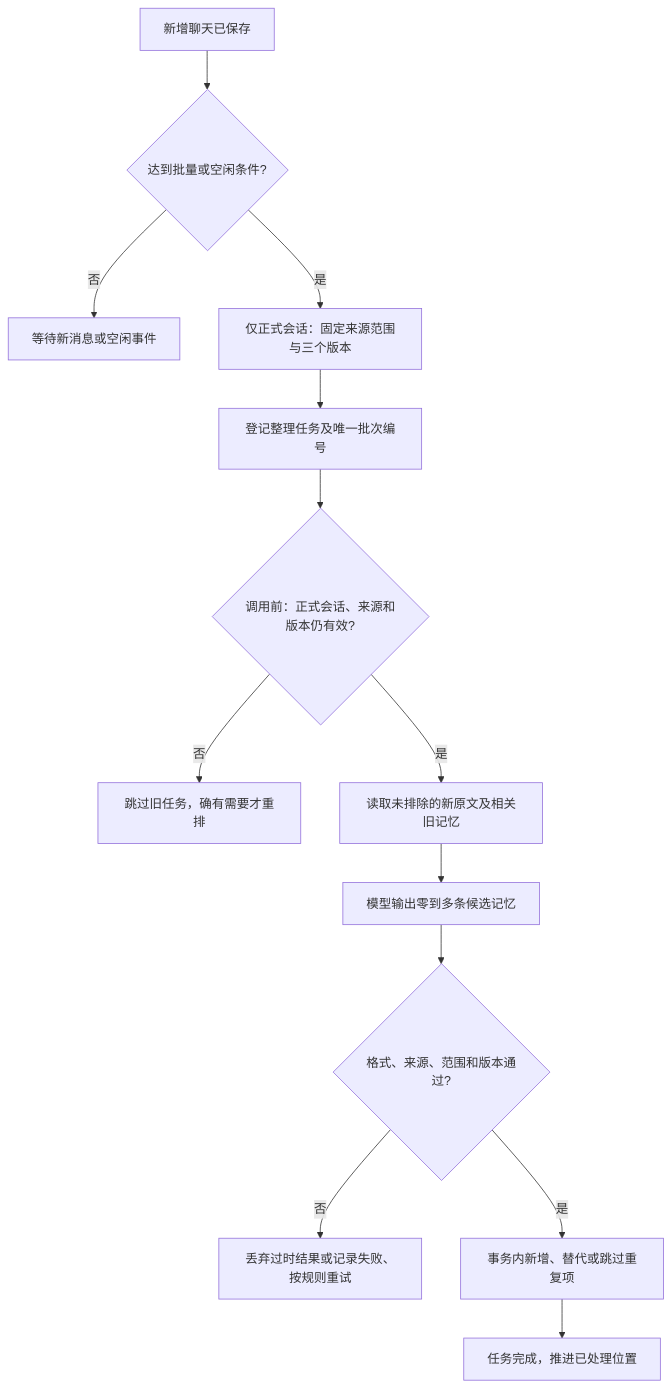
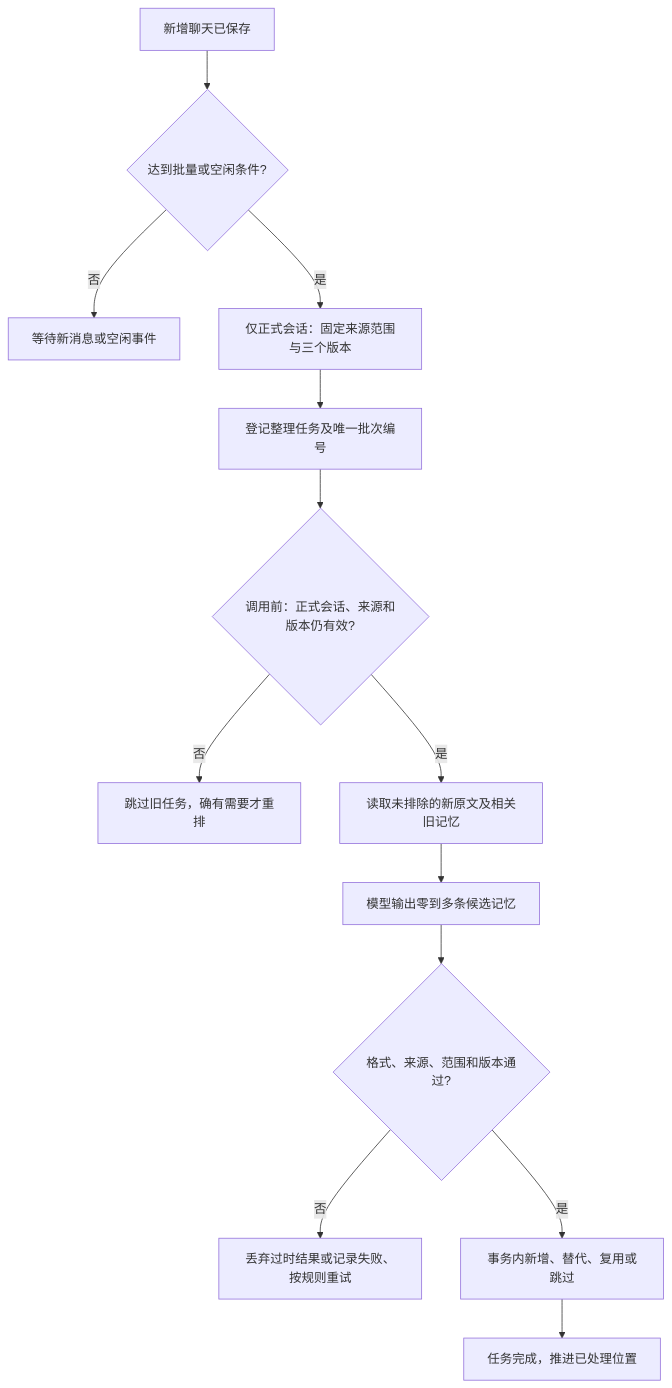
Before and after one commit to DA-cpu1/NenNen: the second of 3 diagrams in docs/sdd/04-Agent工具与运行流程.md, drawn with Mermaid. The commit also changed other lines of this file and 7 other files, not shown here.

````diff
--- a/docs/sdd/04-Agent工具与运行流程.md
+++ b/docs/sdd/04-Agent工具与运行流程.md
@@ -132,15 +132,15 @@
 ```mermaid
 flowchart TD
     A[新增聊天已保存] --> B{达到批量或空闲条件?}
     B -->|否| Z[等待新消息或空闲事件]
     B -->|是| C[仅正式会话：固定来源范围与三个版本]
     C --> D[登记整理任务及唯一批次编号]
     D --> E{调用前：正式会话、来源和版本仍有效?}
     E -->|否| K[跳过旧任务，确有需要才重排]
     E -->|是| L[读取未排除的新原文及相关旧记忆]
     L --> F[模型输出零到多条候选记忆]
     F --> G{格式、来源、范围和版本通过?}
     G -->|否| H[丢弃过时结果或记录失败、按规则重试]
-    G -->|是| I[事务内新增、替代或跳过重复项]
+    G -->|是| I[事务内新增、替代、复用或跳过]
     I --> J[任务完成，推进已处理位置]
 ```
````
